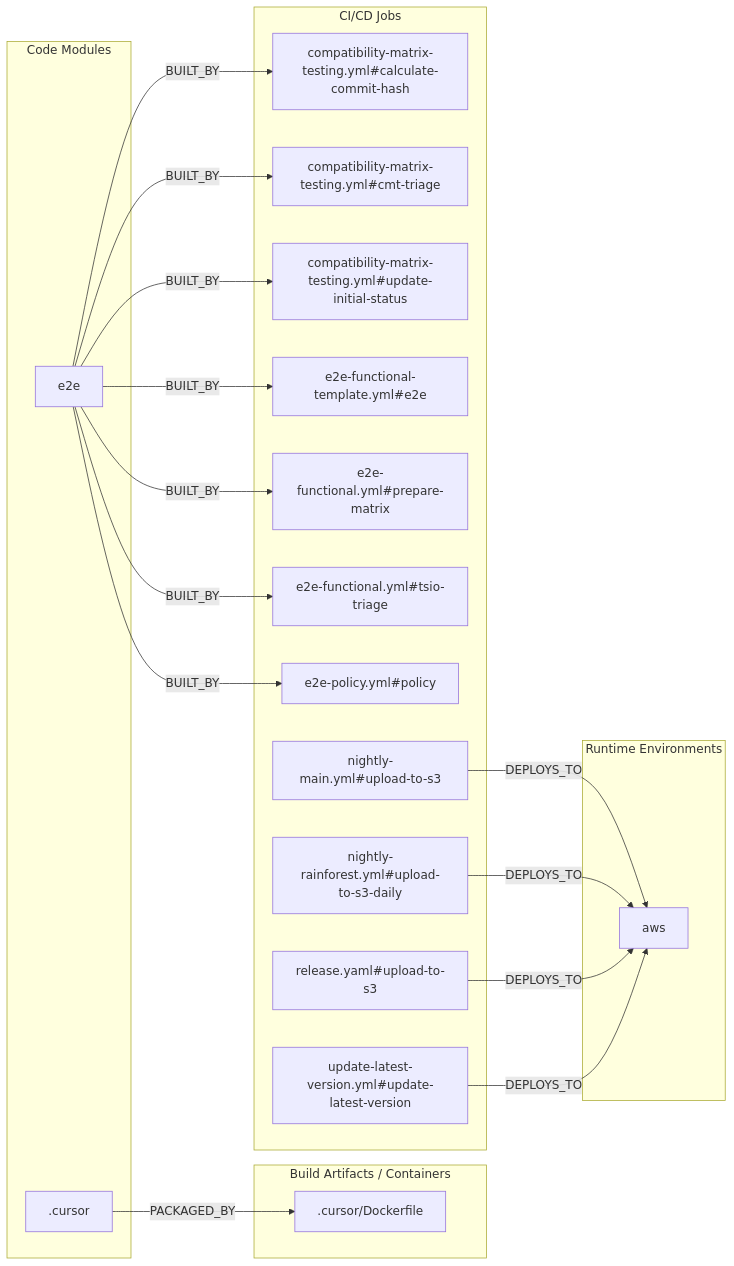
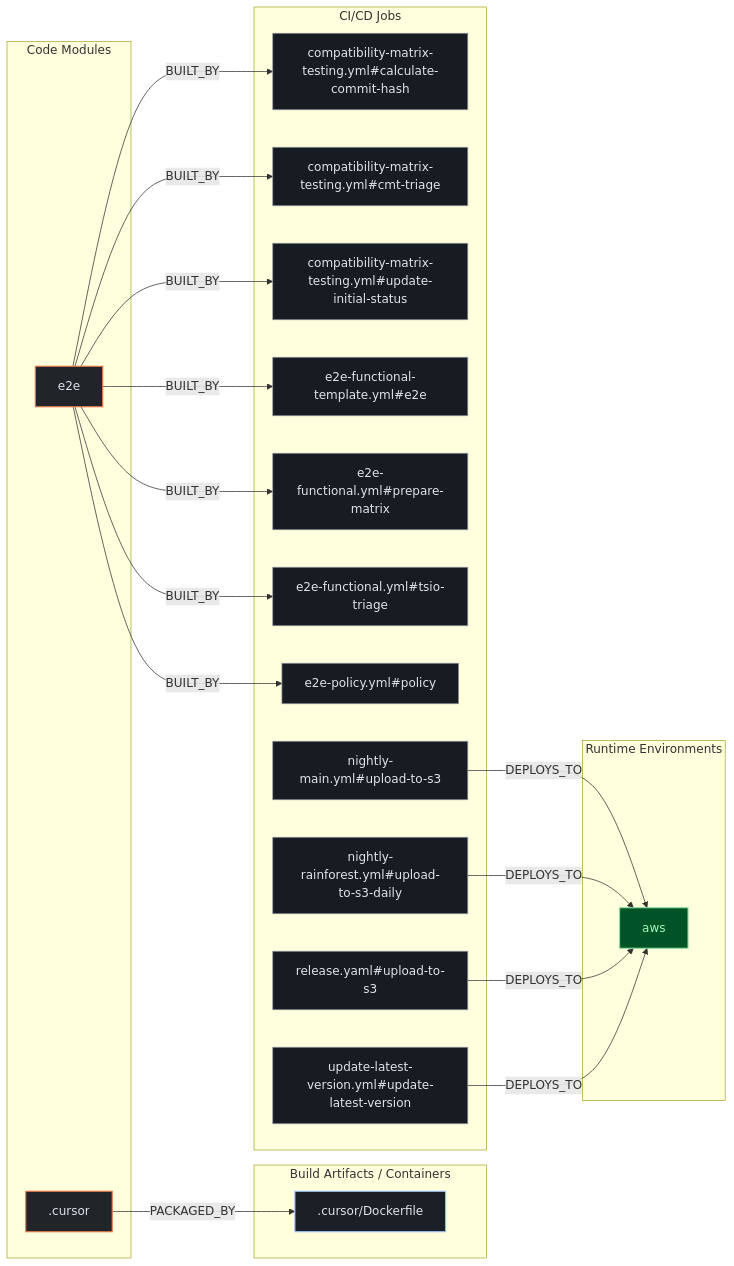
Before and after one commit to kumarshaz/atruss-code-atlas: the second of 3 diagrams in exports/latest/reports/mattermost-desktop-report.md, drawn with Mermaid. The commit also changed other lines of this file and 331 other files, not shown here.

Commit message:
docs,ui,fix: update SDLC docs, reorder CI/CD DAG first, stylize Mermaid, and fix Arc42 pipeline topology

````diff
--- a/exports/latest/reports/mattermost-desktop-report.md
+++ b/exports/latest/reports/mattermost-desktop-report.md
@@ -197,38 +204,42 @@
 ```mermaid
 flowchart LR
+    classDef atlasCategory fill:#212428,stroke:#E87A48,stroke-width:1.5px,color:#dfe3eb
+    classDef atlasWorkflow fill:#1b2026,stroke:#a3c9ff,stroke-width:1.5px,color:#dfe3eb
+    classDef atlasJob fill:#171c22,stroke:#8d9199,stroke-width:1px,color:#dfe3eb
+    classDef atlasTarget fill:#005227,stroke:#8bd99b,stroke-width:1.5px,color:#a7f6b6
     subgraph code_modules["Code Modules"]
-        mod__cursor[".cursor"]
-        mod_e2e["e2e"]
+        mod__cursor[".cursor"]:::atlasCategory
+        mod_e2e["e2e"]:::atlasCategory
     end
     subgraph build_artifacts["Build Artifacts / Containers"]
-        art__cursor_Dockerfile[".cursor/Dockerfile"]
+        art__cursor_Dockerfile[".cursor/Dockerfile"]:::atlasWorkflow
     end
     subgraph ci_jobs["CI/CD Jobs"]
-        job_compatibility_matrix_testing_yml_calculate_commit_hash["compatibility-matrix-testing.yml#calculate-commit-hash"]
-        job_compatibility_matrix_testing_yml_cmt_triage["compatibility-matrix-testing.yml#cmt-triage"]
-        job_compatibility_matrix_testing_yml_update_initial_status["compatibility-matrix-testing.yml#update-initial-status"]
-        job_e2e_functional_template_yml_e2e["e2e-functional-template.yml#e2e"]
-        job_e2e_functional_yml_prepare_matrix["e2e-functional.yml#prepare-matrix"]
-        job_e2e_functional_yml_tsio_triage["e2e-functional.yml#tsio-triage"]
-        job_e2e_policy_yml_policy["e2e-policy.yml#policy"]
-        job_nightly_main_yml_upload_to_s3["nightly-main.yml#upload-to-s3"]
-        job_nightly_rainforest_yml_upload_to_s3_daily["nightly-rainforest.yml#upload-to-s3-daily"]
-        job_release_yaml_upload_to_s3["release.yaml#upload-to-s3"]
-        job_update_latest_version_yml_update_latest_version["update-latest-version.yml#update-latest-version"]
+        job_compatibility_matrix_testing_yml_calculate_commit_hash["compatibility-matrix-testing.yml#calculate-commit-hash"]:::atlasJob
+        job_compatibility_matrix_testing_yml_cmt_triage["compatibility-matrix-testing.yml#cmt-triage"]:::atlasJob
+        job_compatibility_matrix_testing_yml_update_initial_status["compatibility-matrix-testing.yml#update-initial-status"]:::atlasJob
+        job_e2e_functional_template_yml_e2e["e2e-functional-template.yml#e2e"]:::atlasJob
+        job_e2e_functional_yml_prepare_matrix["e2e-functional.yml#prepare-matrix"]:::atlasJob
+        job_e2e_functional_yml_tsio_triage["e2e-functional.yml#tsio-triage"]:::atlasJob
+        job_e2e_policy_yml_policy["e2e-policy.yml#policy"]:::atlasJob
+        job_nightly_main_yml_upload_to_s3["nightly-main.yml#upload-to-s3"]:::atlasJob
+        job_nightly_rainforest_yml_upload_to_s3_daily["nightly-rainforest.yml#upload-to-s3-daily"]:::atlasJob
+        job_release_yaml_upload_to_s3["release.yaml#upload-to-s3"]:::atlasJob
+        job_update_latest_version_yml_update_latest_version["update-latest-version.yml#update-latest-version"]:::atlasJob
     end
     subgraph runtime_envs["Runtime Environments"]
-        env_aws["aws"]
+        env_aws["aws"]:::atlasTarget
     end
     job_nightly_main_yml_upload_to_s3 -->|DEPLOYS_TO| env_aws
     job_nightly_rainforest_yml_upload_to_s3_daily -->|DEPLOYS_TO| env_aws
     job_release_yaml_upload_to_s3 -->|DEPLOYS_TO| env_aws
     job_update_latest_version_yml_update_latest_version -->|DEPLOYS_TO| env_aws
     mod__cursor -->|PACKAGED_BY| art__cursor_Dockerfile
     mod_e2e -->|BUILT_BY| job_compatibility_matrix_testing_yml_calculate_commit_hash
     mod_e2e -->|BUILT_BY| job_compatibility_matrix_testing_yml_cmt_triage
     mod_e2e -->|BUILT_BY| job_compatibility_matrix_testing_yml_update_initial_status
     mod_e2e -->|BUILT_BY| job_e2e_functional_template_yml_e2e
     mod_e2e -->|BUILT_BY| job_e2e_functional_yml_prepare_matrix
     mod_e2e -->|BUILT_BY| job_e2e_functional_yml_tsio_triage
     mod_e2e -->|BUILT_BY| job_e2e_policy_yml_policy
 ```
````
